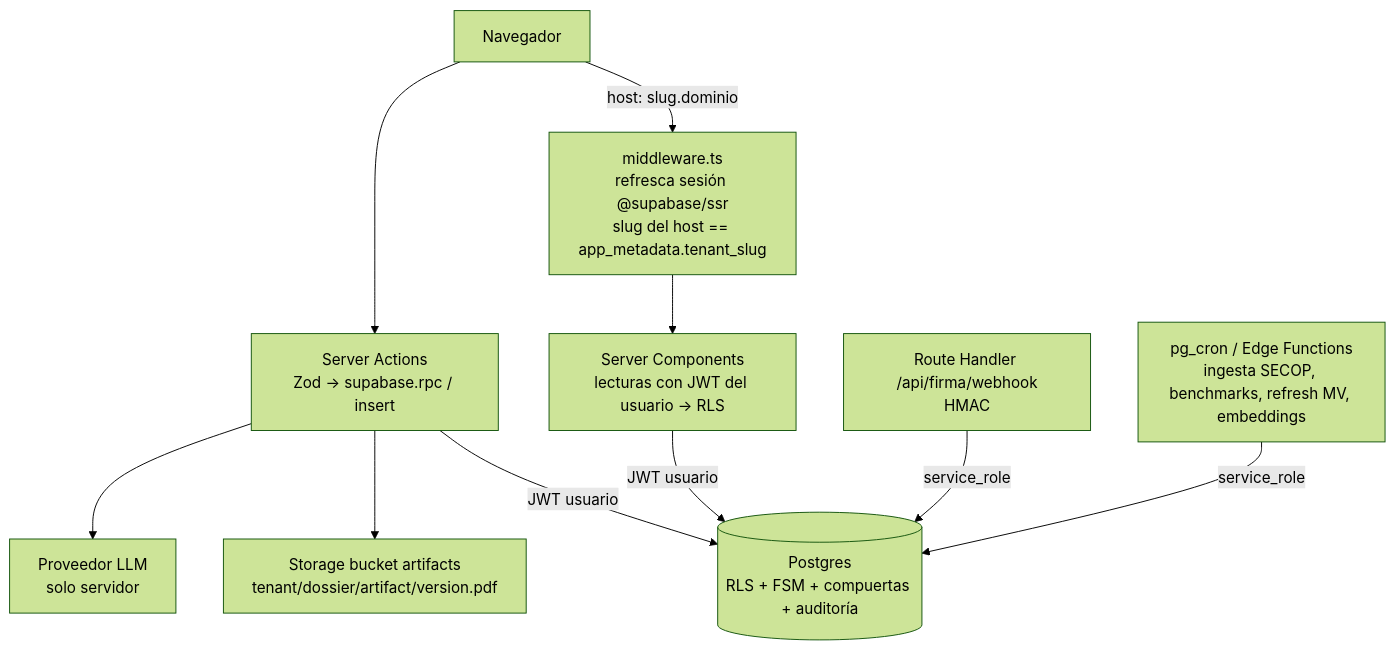
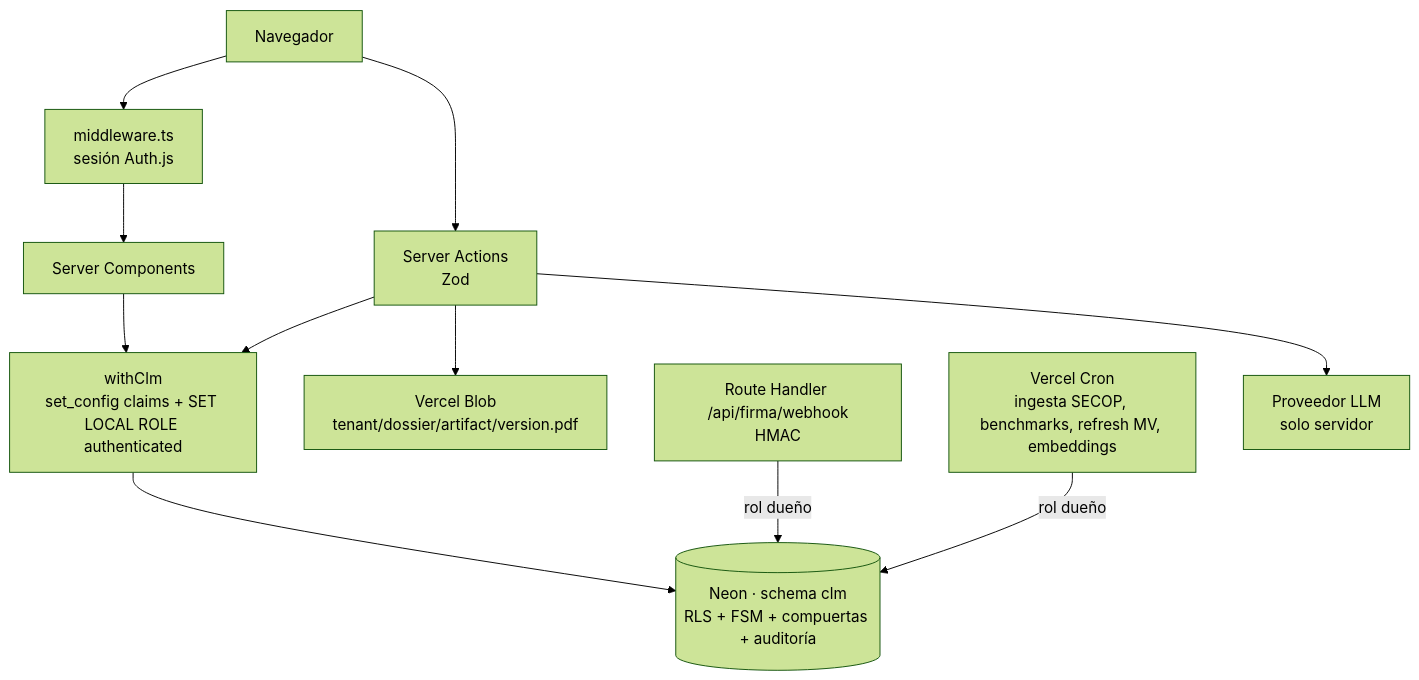
The fourth of 4 diagrams in docs/04-spec-clm-core.md (cesarandreslp/contratacion), drawn with Mermaid (forest theme) before and after one commit. The commit also changed other lines of this file and 15 other files, not shown here.

First line of the commit message:
feat(clm): Core Engine sobre Neon + vista del expediente con compuertas (#4)

````diff
--- a/docs/04-spec-clm-core.md
+++ b/docs/04-spec-clm-core.md
@@ -305,12 +314,12 @@
 ```mermaid
 flowchart TB
-  B[Navegador] -->|host: slug.dominio| MW[middleware.ts<br/>refresca sesión @supabase/ssr<br/>slug del host == app_metadata.tenant_slug]
-  MW --> RSC[Server Components<br/>lecturas con JWT del usuario → RLS]
-  B --> SA[Server Actions<br/>Zod → supabase.rpc / insert]
-  SA -->|JWT usuario| PG[(Postgres<br/>RLS + FSM + compuertas + auditoría)]
-  RSC -->|JWT usuario| PG
-  SA --> ST[Storage bucket artifacts<br/>tenant/dossier/artifact/version.pdf]
-  WH[Route Handler /api/firma/webhook<br/>HMAC] -->|service_role| PG
-  CRON[pg_cron / Edge Functions<br/>ingesta SECOP, benchmarks, refresh MV, embeddings] -->|service_role| PG
+  B[Navegador] --> MW[middleware.ts<br/>sesión Auth.js]
+  MW --> RSC[Server Components]
+  B --> SA[Server Actions<br/>Zod]
+  RSC & SA --> W[withClm<br/>set_config claims + SET LOCAL ROLE authenticated]
+  W --> PG[(Neon · schema clm<br/>RLS + FSM + compuertas + auditoría)]
+  SA --> BL[Vercel Blob<br/>tenant/dossier/artifact/version.pdf]
+  WH[Route Handler /api/firma/webhook<br/>HMAC] -->|rol dueño| PG
+  CRON[Vercel Cron<br/>ingesta SECOP, benchmarks, refresh MV, embeddings] -->|rol dueño| PG
   SA --> LLM[Proveedor LLM<br/>solo servidor]
 ```
````
